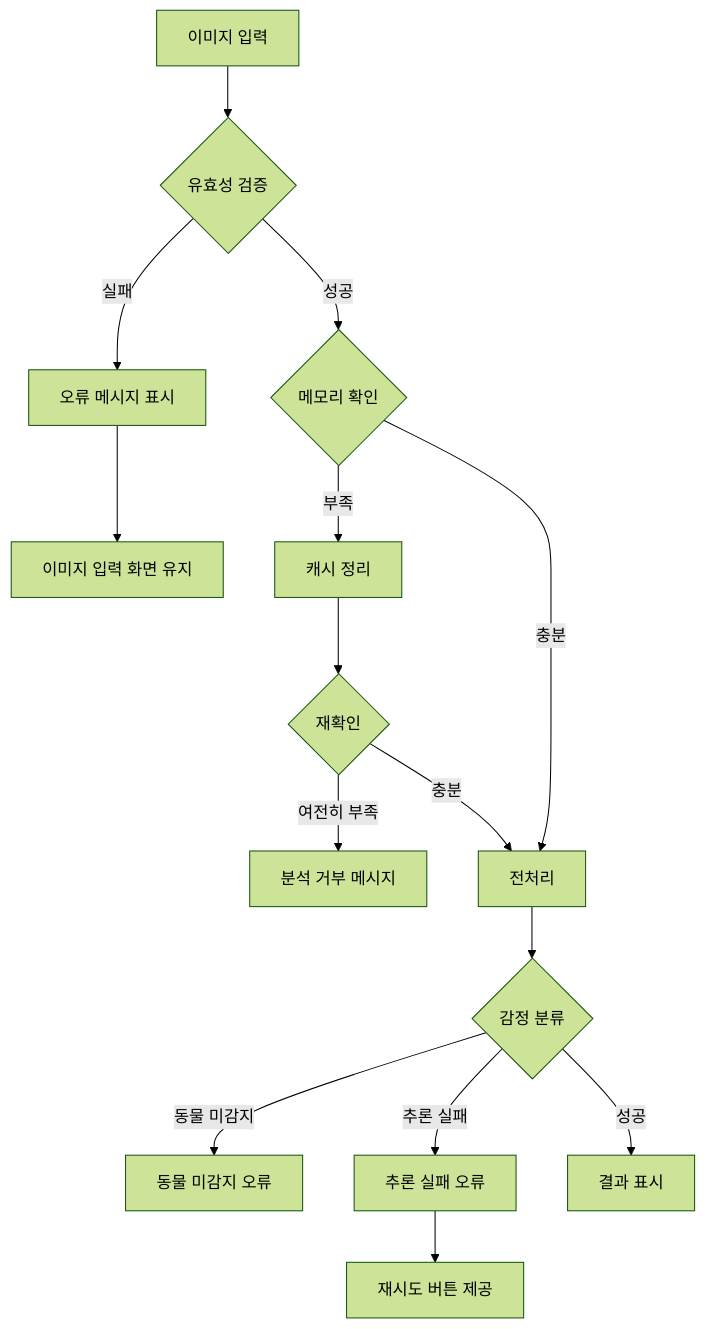
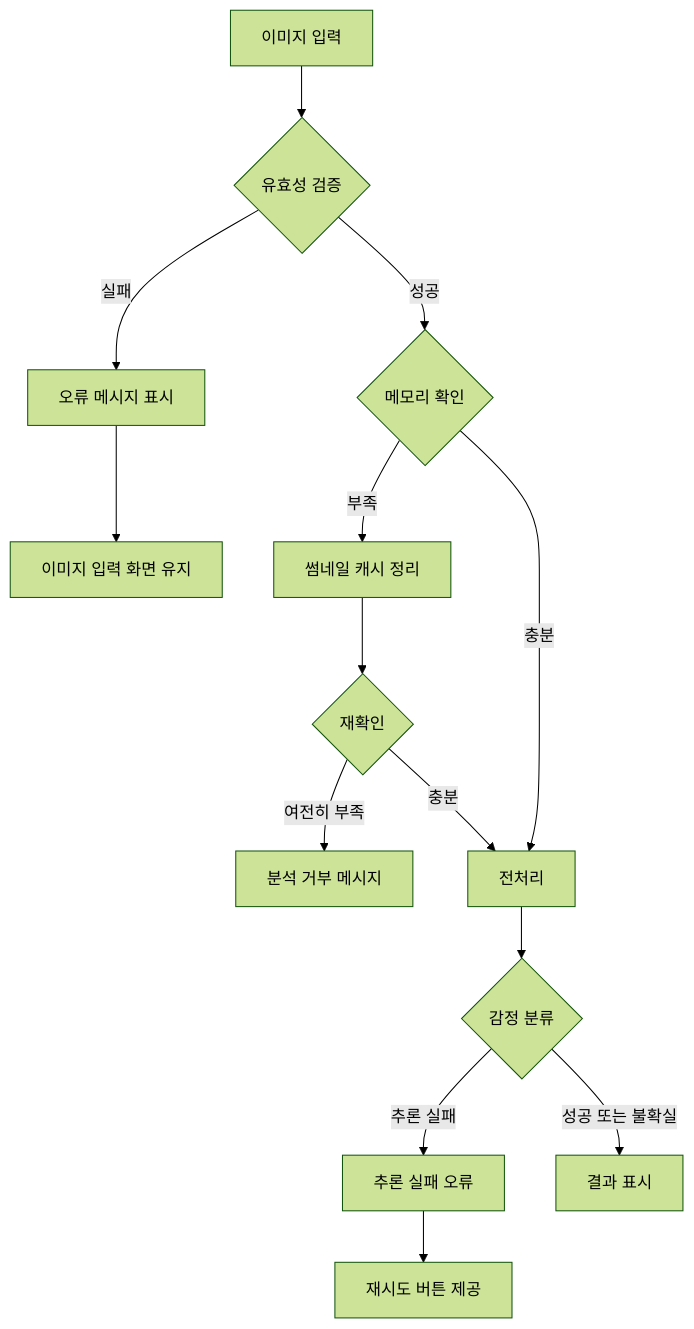
Before and after one commit to nuyhc/animind: the third of 3 diagrams in .kiro/specs/animal-emotion-recognition/design.md, drawn with Mermaid (forest theme). The commit also changed other lines of this file and 1 other file, not shown here.

````diff
--- a/.kiro/specs/animal-emotion-recognition/design.md
+++ b/.kiro/specs/animal-emotion-recognition/design.md
@@ -720,19 +863,18 @@
 ```mermaid
 flowchart TD
     Start[이미지 입력] --> Validate{유효성 검증}
     Validate -->|실패| ShowError[오류 메시지 표시]
     ShowError --> MaintainScreen[이미지 입력 화면 유지]
     
     Validate -->|성공| CheckMemory{메모리 확인}
-    CheckMemory -->|부족| ClearCache[캐시 정리]
+    CheckMemory -->|부족| ClearCache[썸네일 캐시 정리]
     ClearCache --> ReCheck{재확인}
     ReCheck -->|여전히 부족| RejectAnalysis[분석 거부 메시지]
     ReCheck -->|충분| Preprocess[전처리]
     
     CheckMemory -->|충분| Preprocess
     Preprocess --> Classify{감정 분류}
-    Classify -->|동물 미감지| NoAnimalError[동물 미감지 오류]
     Classify -->|추론 실패| InferenceError[추론 실패 오류]
     InferenceError --> RetryOption[재시도 버튼 제공]
-    Classify -->|성공| ShowResult[결과 표시]
+    Classify -->|성공 또는 불확실| ShowResult[결과 표시]
 ```
````
